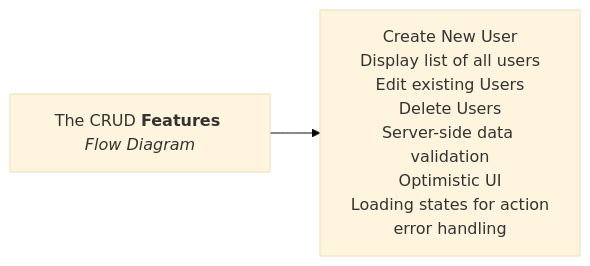
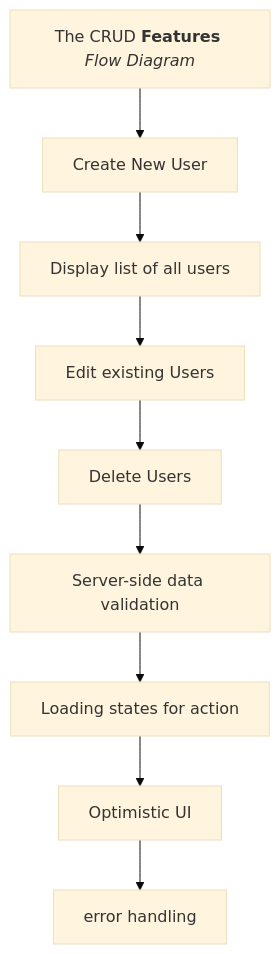
Before and after one commit to Desmond-netw/user-manaement: the diagram in README.md, drawn with Mermaid (base theme).

Commit message:
update Readme with mermaid flowchart

````diff
--- a/README.md
+++ b/README.md
@@ -8,17 +8,18 @@
 ```mermaid
 
 %%{init: {"flowchart": {"htmlLabels": false}} }%%
-flowchart LR
+flowchart TD
     markdown["`The CRUD **Features** _Flow Diagram_`"]
-    newLines["`Create New User
-    Display list of all users
-    Edit existing Users
-    Delete Users
-    Server-side data validation
-    Optimistic UI
-    Loading states for action
-    error handling`"]
-    markdown --> newLines
+    newLine1["`Create New User`"]
+    newLine2["`Display list of all users`"]
+    newLine3["`Edit existing Users`"]
+    newLine4["`Delete Users`"]
+    newLine5["`Server-side data validation`"]
+    newLine6["`Loading states for action`"]
+    newLine7["`Optimistic UI`"]
+    newLine8["`error handling`"]
+    
+    markdown --> newLine1--> newLine2 --> newLine3 --> newLine4 --> newLine5 --> newLine6 --> newLine7 --> newLine8
 
 
 ```
````
